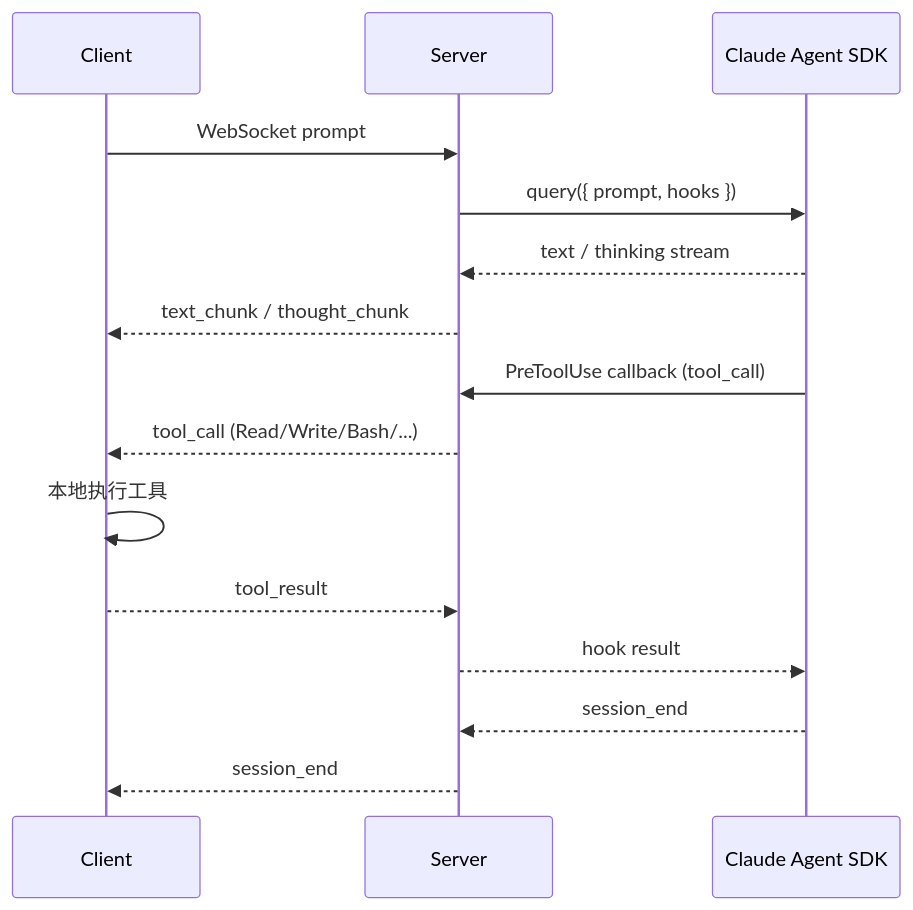
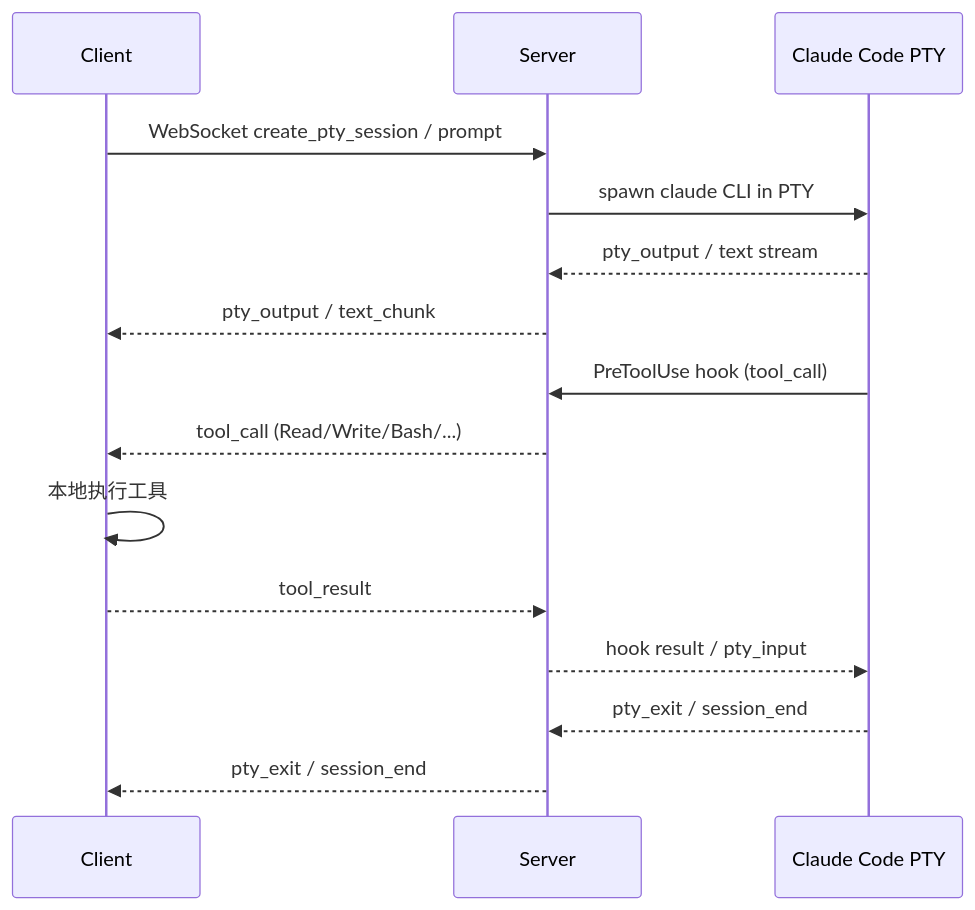
The diagram in README.md (n374/cerelay), drawn with Mermaid before and after one commit. The commit also changed other lines of this file, not shown here.

First line of the commit message:
📝 重写架构文案为 PTY-only 并补充 SOCKS UDP/DNS 行为 / rewrite architecture wording to PTY-only and document SOCKS UDP/DNS

````diff
--- a/README.md
+++ b/README.md
@@ -16,18 +16,18 @@
 ```mermaid
 sequenceDiagram
     participant C as Client
     participant S as Server
-    participant SDK as Claude Agent SDK
+    participant PTY as Claude Code PTY
 
-    C->>S: WebSocket prompt
-    S->>SDK: query({ prompt, hooks })
-    SDK-->>S: text / thinking stream
-    S-->>C: text_chunk / thought_chunk
-    SDK->>S: PreToolUse callback (tool_call)
+    C->>S: WebSocket create_pty_session / prompt
+    S->>PTY: spawn claude CLI in PTY
+    PTY-->>S: pty_output / text stream
+    S-->>C: pty_output / text_chunk
+    PTY->>S: PreToolUse hook (tool_call)
     S-->>C: tool_call (Read/Write/Bash/...)
     C->>C: 本地执行工具
     C-->>S: tool_result
-    S-->>SDK: hook result
-    SDK-->>S: session_end
-    S-->>C: session_end
+    S-->>PTY: hook result / pty_input
+    PTY-->>S: pty_exit / session_end
+    S-->>C: pty_exit / session_end
 ```
````
